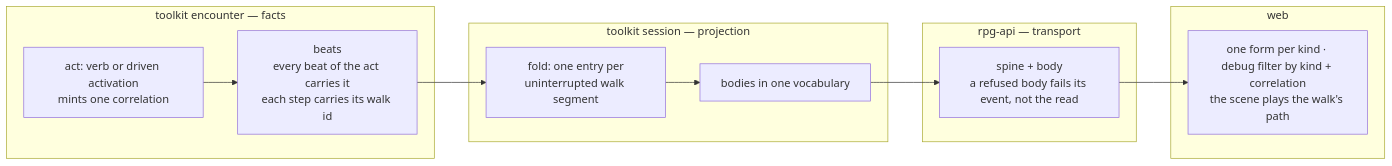
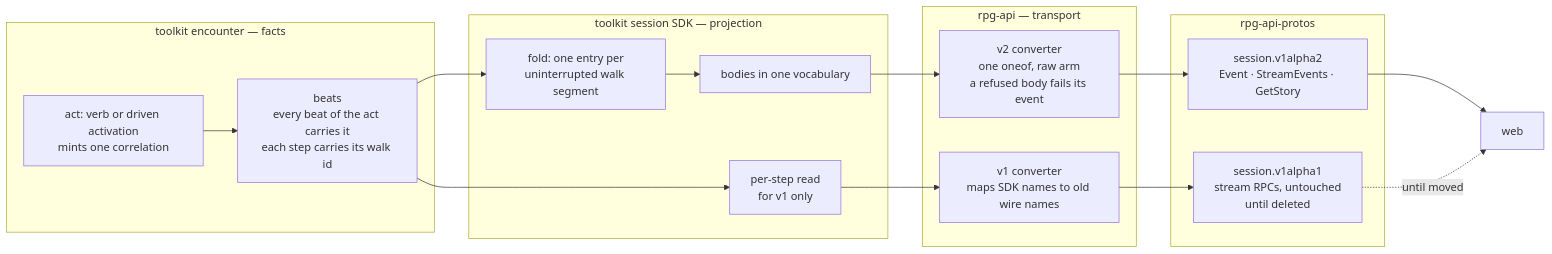
One commit to KirkDiggler/rpg-project changed the first of 2 diagrams in ideas/event-stream/design.md. Above: the diagram before and after it, drawn with Mermaid. The commit also changed other lines of this file and 1 other file, not shown here.

First line of the commit message:
design(event-stream): the cleaned stream is session v1alpha2

````diff
--- a/ideas/event-stream/design.md
+++ b/ideas/event-stream/design.md
@@ -12,18 +14,23 @@
 ```mermaid
 flowchart LR
     subgraph encounter[toolkit encounter — facts]
         A[act: verb or driven activation<br/>mints one correlation]
         B[beats<br/>every beat of the act carries it<br/>each step carries its walk id]
     end
-    subgraph session[toolkit session — projection]
+    subgraph session[toolkit session SDK — projection]
         F[fold: one entry per<br/>uninterrupted walk segment]
         V[bodies in one vocabulary]
+        S[per-step read<br/>for v1 only]
     end
     subgraph api[rpg-api — transport]
-        T[spine + body<br/>a refused body fails its event, not the read]
+        C2[v2 converter<br/>one oneof, raw arm<br/>a refused body fails its event]
+        C1[v1 converter<br/>maps SDK names to old wire names]
     end
-    subgraph web[web]
-        W[one form per kind · debug filter by kind + correlation<br/>the scene plays the walk's path]
+    subgraph wire[rpg-api-protos]
+        P2[session.v1alpha2<br/>Event · StreamEvents · GetStory]
+        P1[session.v1alpha1<br/>stream RPCs, untouched<br/>until deleted]
     end
-    A --> B --> F --> V --> T --> W
+    W[web]
+    A --> B --> F --> V --> C2 --> P2 --> W
+    B --> S --> C1 --> P1 -. until moved .-> W
 ```
````
